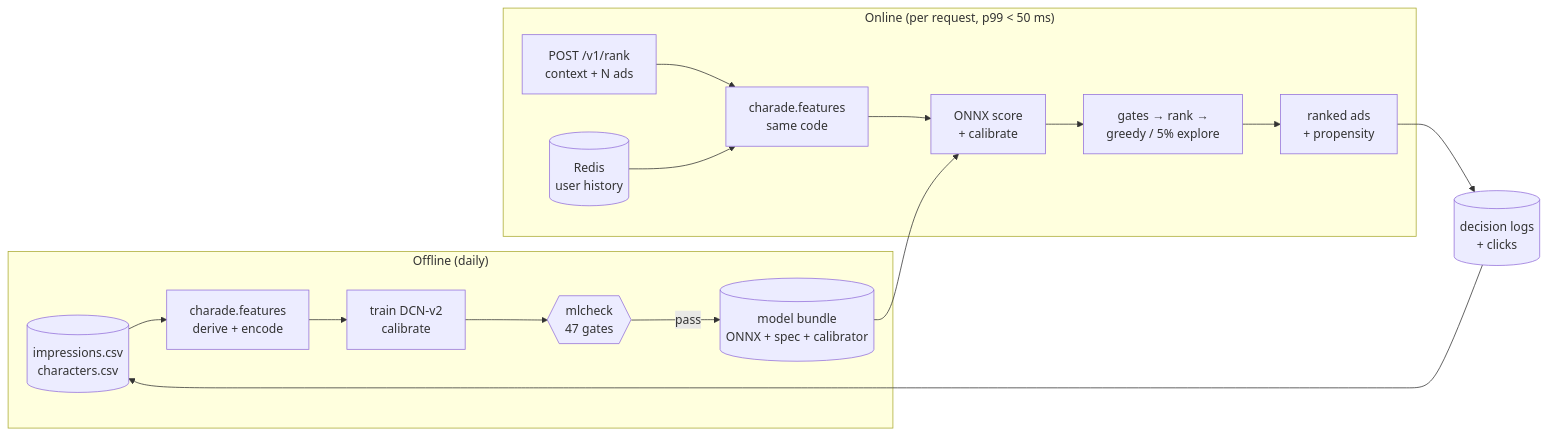
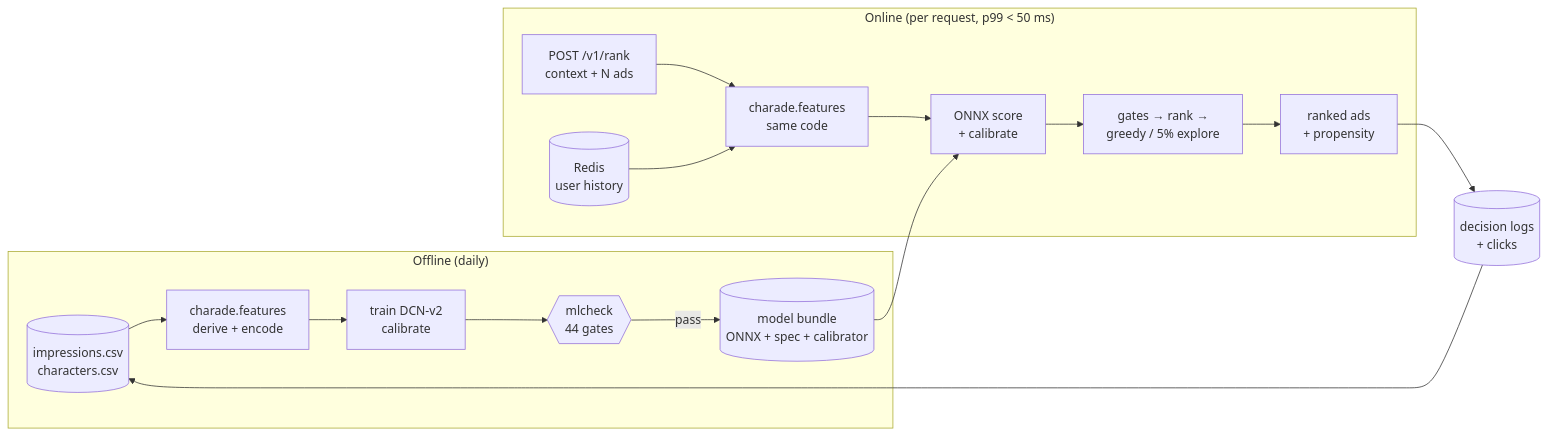
The diagram in README.md (lucasbabur/charade), drawn with Mermaid before and after one commit. The commit also changed other lines of this file and 19 other files, not shown here.

````diff
--- a/README.md
+++ b/README.md
@@ -5,17 +5,17 @@
 ```mermaid
 flowchart LR
     subgraph offline["Offline (daily)"]
         raw[(impressions.csv<br/>characters.csv)] --> feat1[charade.features<br/>derive + encode]
         feat1 --> train[train DCN-v2<br/>calibrate]
-        train --> gates{{mlcheck<br/>47 gates}}
+        train --> gates{{mlcheck<br/>44 gates}}
         gates -- pass --> bundle[(model bundle<br/>ONNX + spec + calibrator)]
     end
     subgraph online["Online (per request, p99 < 50 ms)"]
         req[POST /v1/rank<br/>context + N ads] --> feat2[charade.features<br/>same code]
         store[(Redis<br/>user history)] --> feat2
         bundle --> score[ONNX score<br/>+ calibrate]
         feat2 --> score --> policy[gates → rank →<br/>greedy / 5% explore]
         policy --> resp[ranked ads<br/>+ propensity]
     end
     resp --> log[(decision logs<br/>+ clicks)] --> raw
 ```
````
